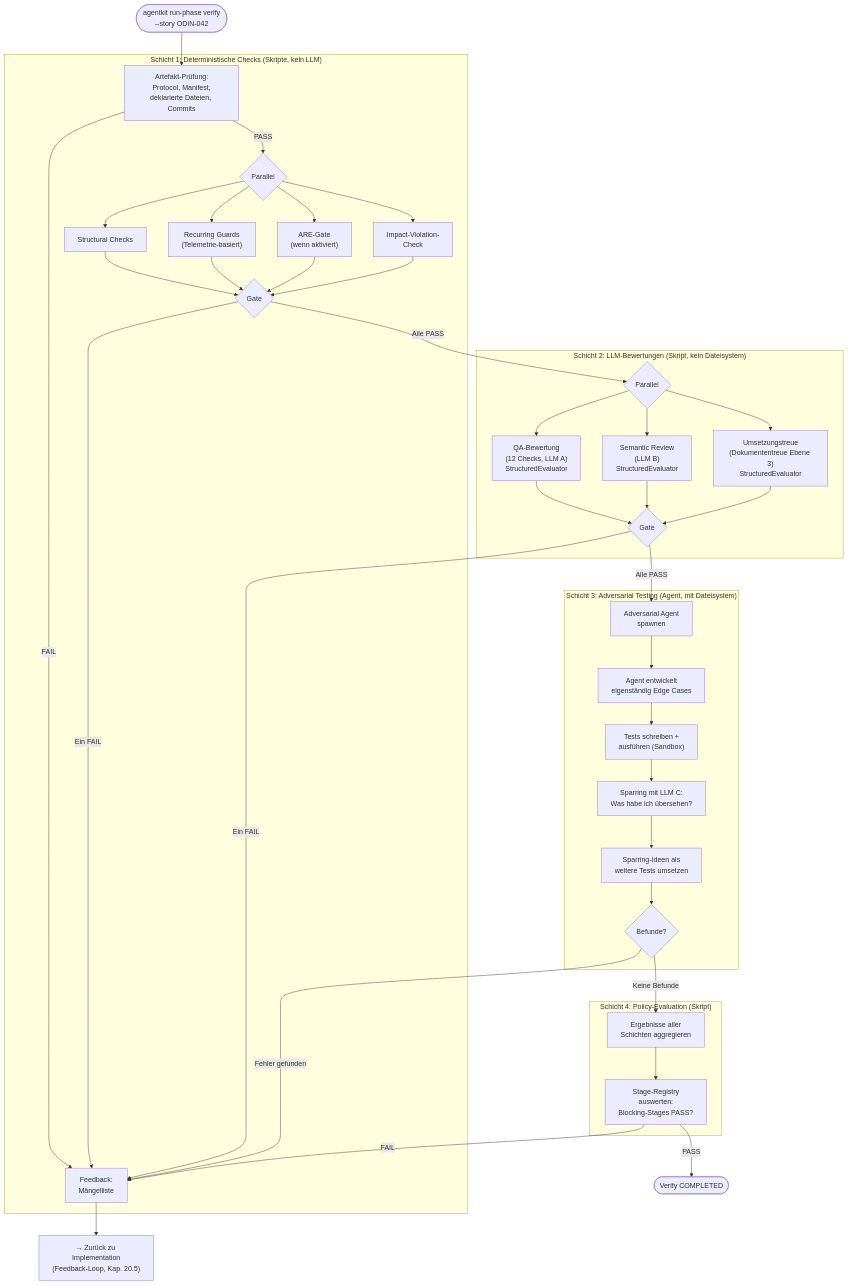
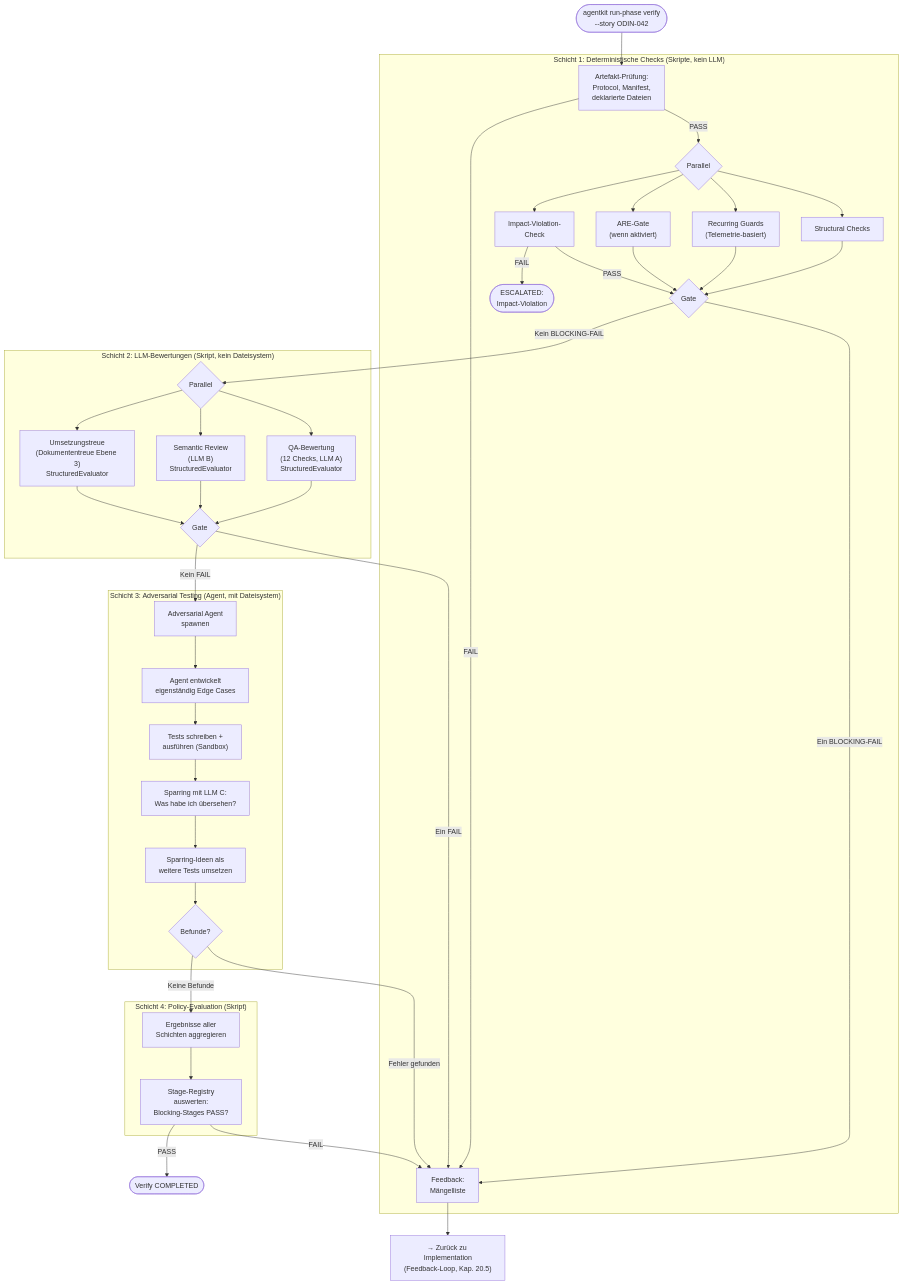
One commit to saltenhof/claude-agentkit3 changed the first of 2 diagrams in concept/technical-design/25_verify_pipeline_closure_orchestration.md. Above: the diagram before and after it, drawn with Mermaid. The commit also changed other lines of this file and 2 other files, not shown here.

````diff
--- a/concept/technical-design/25_verify_pipeline_closure_orchestration.md
+++ b/concept/technical-design/25_verify_pipeline_closure_orchestration.md
@@ -123,56 +130,57 @@
 ```mermaid
 flowchart TD
     START(["agentkit run-phase verify<br/>--story ODIN-042"]) --> S1
 
     subgraph SCHICHT_1 ["Schicht 1: Deterministische Checks (Skripte, kein LLM)"]
-        S1["Artefakt-Prüfung:<br/>Protocol, Manifest,<br/>deklarierte Dateien, Commits"]
+        S1["Artefakt-Prüfung:<br/>Protocol, Manifest,<br/>deklarierte Dateien"]
         S1 -->|PASS| S1P{Parallel}
         S1 -->|FAIL| FB
         S1P --> STRUCT["Structural Checks"]
         S1P --> RECUR["Recurring Guards<br/>(Telemetrie-basiert)"]
         S1P --> ARE_G["ARE-Gate<br/>(wenn aktiviert)"]
         S1P --> IMPACT["Impact-Violation-<br/>Check"]
         STRUCT --> S1G{Gate}
         RECUR --> S1G
         ARE_G --> S1G
-        IMPACT --> S1G
+        IMPACT -->|PASS| S1G
+        IMPACT -->|FAIL| ESC_IV(["ESCALATED:<br/>Impact-Violation"])
     end
 
-    S1G -->|"Ein FAIL"| FB["Feedback:<br/>Mängelliste"]
-    S1G -->|"Alle PASS"| S2
+    S1G -->|"Ein BLOCKING-FAIL"| FB["Feedback:<br/>Mängelliste"]
+    S1G -->|"Kein BLOCKING-FAIL"| S2
 
     subgraph SCHICHT_2 ["Schicht 2: LLM-Bewertungen (Skript, kein Dateisystem)"]
         S2{Parallel}
         S2 --> QA["QA-Bewertung<br/>(12 Checks, LLM A)<br/>StructuredEvaluator"]
         S2 --> SEM["Semantic Review<br/>(LLM B)<br/>StructuredEvaluator"]
         S2 --> UMSTR["Umsetzungstreue<br/>(Dokumententreue Ebene 3)<br/>StructuredEvaluator"]
         QA --> S2G{Gate}
         SEM --> S2G
         UMSTR --> S2G
     end
 
     S2G -->|"Ein FAIL"| FB
-    S2G -->|"Alle PASS"| S3
+    S2G -->|"Kein FAIL"| S3
 
     subgraph SCHICHT_3 ["Schicht 3: Adversarial Testing (Agent, mit Dateisystem)"]
         S3["Adversarial Agent<br/>spawnen"]
         S3 --> S3_OWN["Agent entwickelt<br/>eigenständig Edge Cases"]
         S3_OWN --> S3_TEST1["Tests schreiben +<br/>ausführen (Sandbox)"]
         S3_TEST1 --> S3_SPAR["Sparring mit LLM C:<br/>Was habe ich übersehen?"]
         S3_SPAR --> S3_TEST2["Sparring-Ideen als<br/>weitere Tests umsetzen"]
         S3_TEST2 --> S3_RESULT{"Befunde?"}
     end
 
     S3_RESULT -->|"Fehler gefunden"| FB
     S3_RESULT -->|"Keine Befunde"| S4
 
     subgraph SCHICHT_4 ["Schicht 4: Policy-Evaluation (Skript)"]
         S4["Ergebnisse aller<br/>Schichten aggregieren"]
         S4 --> S4_EVAL["Stage-Registry<br/>auswerten:<br/>Blocking-Stages PASS?"]
     end
 
     S4_EVAL -->|FAIL| FB
     S4_EVAL -->|PASS| DONE(["Verify COMPLETED"])
 
     FB --> WORKER["→ Zurück zu Implementation<br/>(Feedback-Loop, Kap. 20.5)"]
 ```
````
